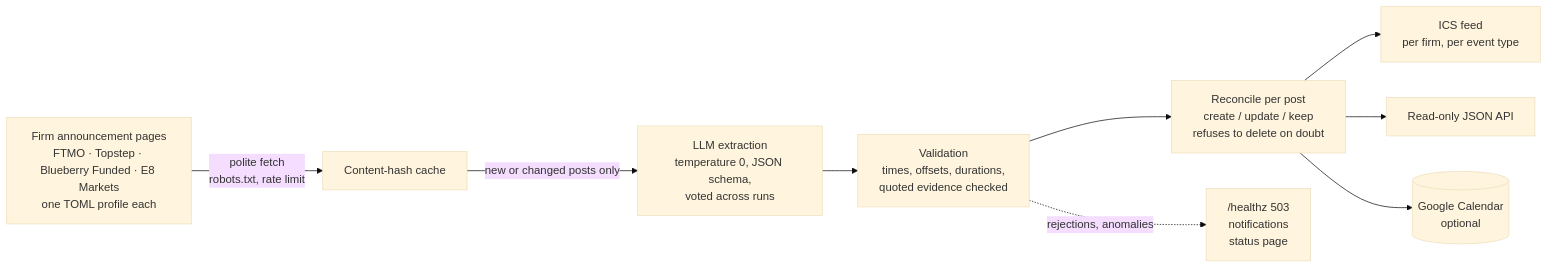
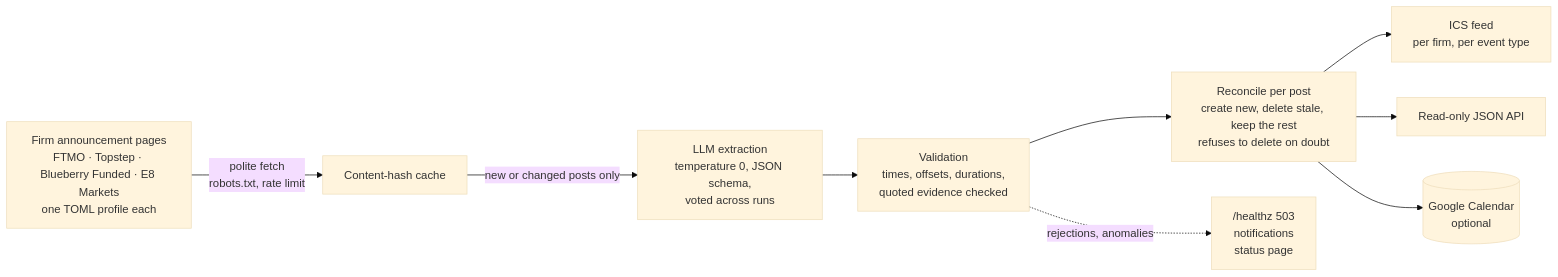
One commit to Bogzx/prop-firm-calendar changed the diagram in README.md. Above: the diagram before and after it, drawn with Mermaid (base theme). The commit also changed other lines of this file and 9 other files, not shown here.

````diff
--- a/README.md
+++ b/README.md
@@ -121,11 +121,11 @@
 ```mermaid
 flowchart LR
     S[Firm announcement pages<br>FTMO · Topstep · Blueberry Funded · E8 Markets<br>one TOML profile each] -->|polite fetch<br>robots.txt, rate limit| H[Content-hash cache]
     H -->|new or changed posts only| X[LLM extraction<br>temperature 0, JSON schema,<br>voted across runs]
     X --> V[Validation<br>times, offsets, durations,<br>quoted evidence checked]
-    V --> R[Reconcile per post<br>create / update / keep<br>refuses to delete on doubt]
+    V --> R[Reconcile per post<br>create new, delete stale, keep the rest<br>refuses to delete on doubt]
     R --> F[ICS feed<br>per firm, per event type]
     R --> A[Read-only JSON API]
     R --> G[(Google Calendar<br>optional)]
     V -.->|rejections, anomalies| M["/healthz 503<br>notifications<br>status page"]
 ```
````
